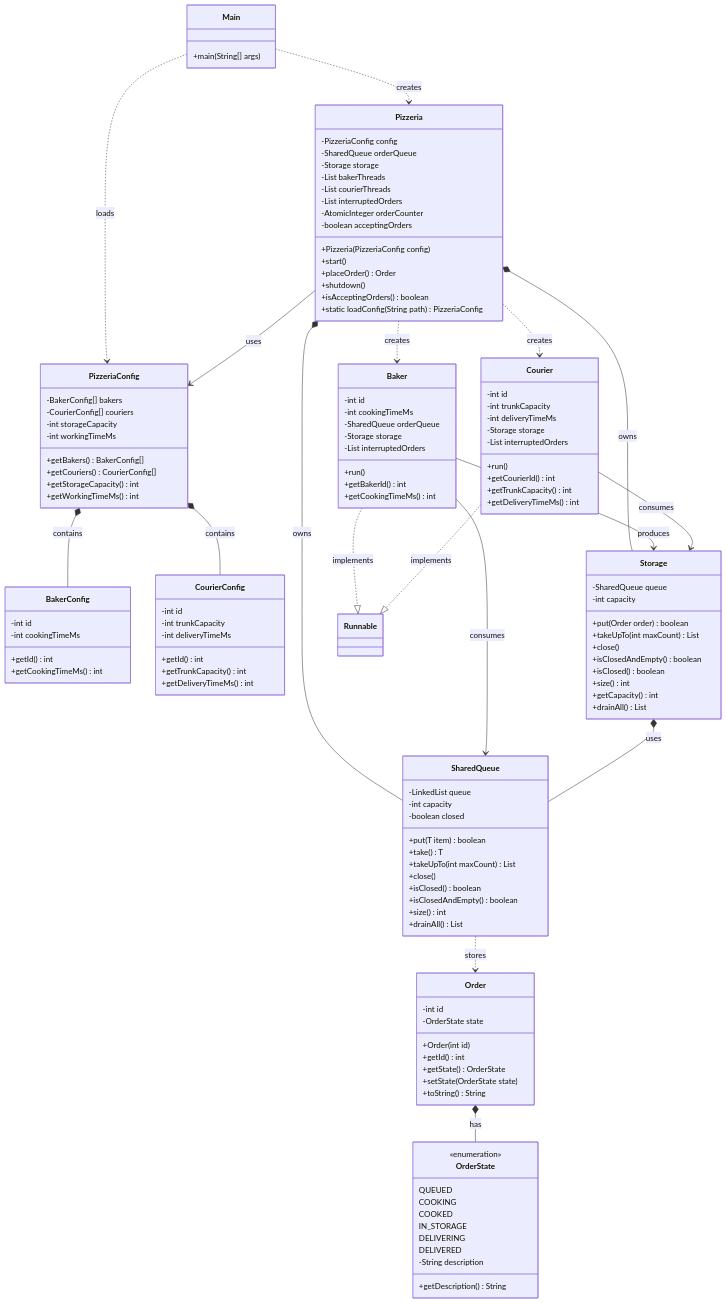
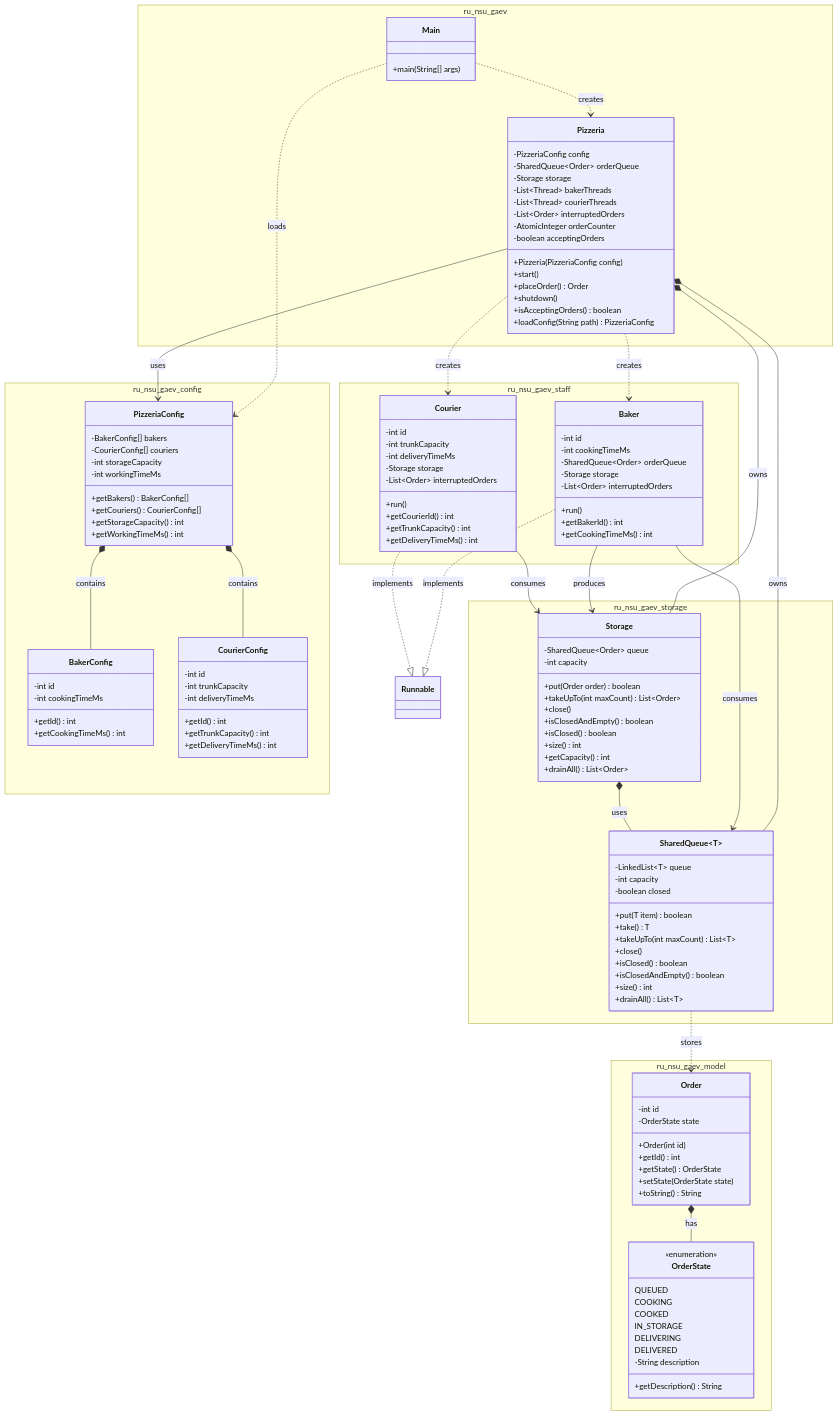
One commit to WorstNormal/OOP changed the diagram in Task_2_2_1/diagram.mermaid. Above: the diagram before and after it, drawn with Mermaid. The commit also changed 11 other files, not shown here.

```diff
--- a/Task_2_2_1/diagram.mermaid
+++ b/Task_2_2_1/diagram.mermaid
@@ -1,138 +1,148 @@
 classDiagram
-    class Main {
-        +main(String[] args)
+    namespace ru_nsu_gaev {
+        class Main {
+            +main(String[] args)
+        }
+
+        class Pizzeria {
+            -PizzeriaConfig config
+            -SharedQueue~Order~ orderQueue
+            -Storage storage
+            -List~Thread~ bakerThreads
+            -List~Thread~ courierThreads
+            -List~Order~ interruptedOrders
+            -AtomicInteger orderCounter
+            -boolean acceptingOrders
+            +Pizzeria(PizzeriaConfig config)
+            +start()
+            +placeOrder() Order
+            +shutdown()
+            +isAcceptingOrders() boolean
+            +loadConfig(String path) PizzeriaConfig
+        }
     }
 
-    class Pizzeria {
-        -PizzeriaConfig config
-        -SharedQueue orderQueue
-        -Storage storage
-        -List bakerThreads
-        -List courierThreads
-        -List interruptedOrders
-        -AtomicInteger orderCounter
-        -boolean acceptingOrders
-        +Pizzeria(PizzeriaConfig config)
-        +start()
-        +placeOrder() Order
-        +shutdown()
-        +isAcceptingOrders() boolean
-        +static loadConfig(String path) PizzeriaConfig
+    namespace ru_nsu_gaev_config {
+        class PizzeriaConfig {
+            -BakerConfig[] bakers
+            -CourierConfig[] couriers
+            -int storageCapacity
+            -int workingTimeMs
+            +getBakers() BakerConfig[]
+            +getCouriers() CourierConfig[]
+            +getStorageCapacity() int
+            +getWorkingTimeMs() int
+        }
+
+    class BakerConfig {
+            -int id
+            -int cookingTimeMs
+            +getId() int
+            +getCookingTimeMs() int
+        }
+
+    class CourierConfig {
+            -int id
+            -int trunkCapacity
+            -int deliveryTimeMs
+            +getId() int
+            +getTrunkCapacity() int
+            +getDeliveryTimeMs() int
+        }
     }
 
-    class PizzeriaConfig {
-        -BakerConfig[] bakers
-        -CourierConfig[] couriers
-        -int storageCapacity
-        -int workingTimeMs
-        +getBakers() BakerConfig[]
-        +getCouriers() CourierConfig[]
-        +getStorageCapacity() int
-        +getWorkingTimeMs() int
+    namespace ru_nsu_gaev_model {
+        class Order {
+            -int id
+            -OrderState state
+            +Order(int id)
+            +getId() int
+            +getState() OrderState
+            +setState(OrderState state)
+            +toString() String
+        }
+
+        class OrderState {
+            <<enumeration>>
+            QUEUED
+            COOKING
+            COOKED
+            IN_STORAGE
+            DELIVERING
+            DELIVERED
+            -String description
+            +getDescription() String
+        }
     }
 
-    class BakerConfig {
-        -int id
-        -int cookingTimeMs
-        +getId() int
-        +getCookingTimeMs() int
+    namespace ru_nsu_gaev_staff {
+        class Baker {
+            -int id
+            -int cookingTimeMs
+            -SharedQueue~Order~ orderQueue
+            -Storage storage
+            -List~Order~ interruptedOrders
+            +run()
+            +getBakerId() int
+            +getCookingTimeMs() int
+        }
+
+        class Courier {
+            -int id
+            -int trunkCapacity
+            -int deliveryTimeMs
+            -Storage storage
+            -List~Order~ interruptedOrders
+            +run()
+            +getCourierId() int
+            +getTrunkCapacity() int
+            +getDeliveryTimeMs() int
+        }
     }
 
-    class CourierConfig {
-        -int id
-        -int trunkCapacity
-        -int deliveryTimeMs
-        +getId() int
-        +getTrunkCapacity() int
-        +getDeliveryTimeMs() int
-    }
+    namespace ru_nsu_gaev_storage {
+        class SharedQueue~T~ {
+            -LinkedList~T~ queue
+            -int capacity
+            -boolean closed
+            +put(T item) boolean
+            +take() T
+            +takeUpTo(int maxCount) List~T~
+            +close()
+            +isClosed() boolean
+            +isClosedAndEmpty() boolean
+            +size() int
+            +drainAll() List~T~
+        }
 
-    class Order {
-        -int id
-        -OrderState state
-        +Order(int id)
-        +getId() int
-        +getState() OrderState
-        +setState(OrderState state)
-        +toString() String
-    }
-
-    class OrderState {
-        <<enumeration>>
-        QUEUED
-        COOKING
-        COOKED
-        IN_STORAGE
-        DELIVERING
-        DELIVERED
-        -String description
-        +getDescription() String
-    }
-
-    class Baker {
-        -int id
-        -int cookingTimeMs
-        -SharedQueue orderQueue
-        -Storage storage
-        -List interruptedOrders
-        +run()
-        +getBakerId() int
-        +getCookingTimeMs() int
-    }
-
-    class Courier {
-        -int id
-        -int trunkCapacity
-        -int deliveryTimeMs
-        -Storage storage
-        -List interruptedOrders
-        +run()
-        +getCourierId() int
-        +getTrunkCapacity() int
-        +getDeliveryTimeMs() int
-    }
-
-    class SharedQueue {
-        -LinkedList queue
-        -int capacity
-        -boolean closed
-        +put(T item) boolean
-        +take() T
-        +takeUpTo(int maxCount) List
-        +close()
-        +isClosed() boolean
-        +isClosedAndEmpty() boolean
-        +size() int
-        +drainAll() List
-    }
-
-    class Storage {
-        -SharedQueue queue
-        -int capacity
-        +put(Order order) boolean
-        +takeUpTo(int maxCount) List
-        +close()
-        +isClosedAndEmpty() boolean
-        +isClosed() boolean
-        +size() int
-        +getCapacity() int
-        +drainAll() List
+        class Storage {
+            -SharedQueue~Order~ queue
+            -int capacity
+            +put(Order order) boolean
+            +takeUpTo(int maxCount) List~Order~
+            +close()
+            +isClosedAndEmpty() boolean
+            +isClosed() boolean
+            +size() int
+            +getCapacity() int
+            +drainAll() List~Order~
+        }
     }
 
     Main ..> Pizzeria : creates
     Main ..> PizzeriaConfig : loads
     Pizzeria --> PizzeriaConfig : uses
-    Pizzeria *-- SharedQueue : owns
+    Pizzeria *-- SharedQueue~Order~ : owns
     Pizzeria *-- Storage : owns
     Pizzeria ..> Baker : creates
     Pizzeria ..> Courier : creates
     PizzeriaConfig *-- BakerConfig : contains
     PizzeriaConfig *-- CourierConfig : contains
     Baker ..|> Runnable : implements
     Courier ..|> Runnable : implements
-    Baker --> SharedQueue : consumes
+    Baker --> SharedQueue~Order~ : consumes
     Baker --> Storage : produces
     Courier --> Storage : consumes
-    Storage *-- SharedQueue : uses
+    Storage *-- SharedQueue~Order~ : uses
     Order *-- OrderState : has
-    SharedQueue ..> Order : stores
+    SharedQueue~T~ ..> Order : stores
```
